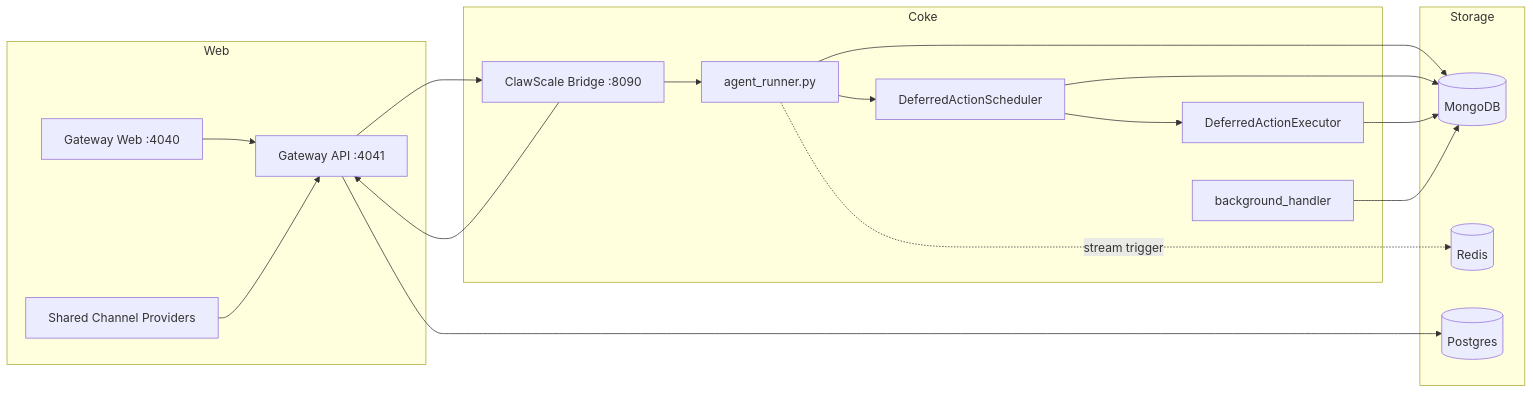
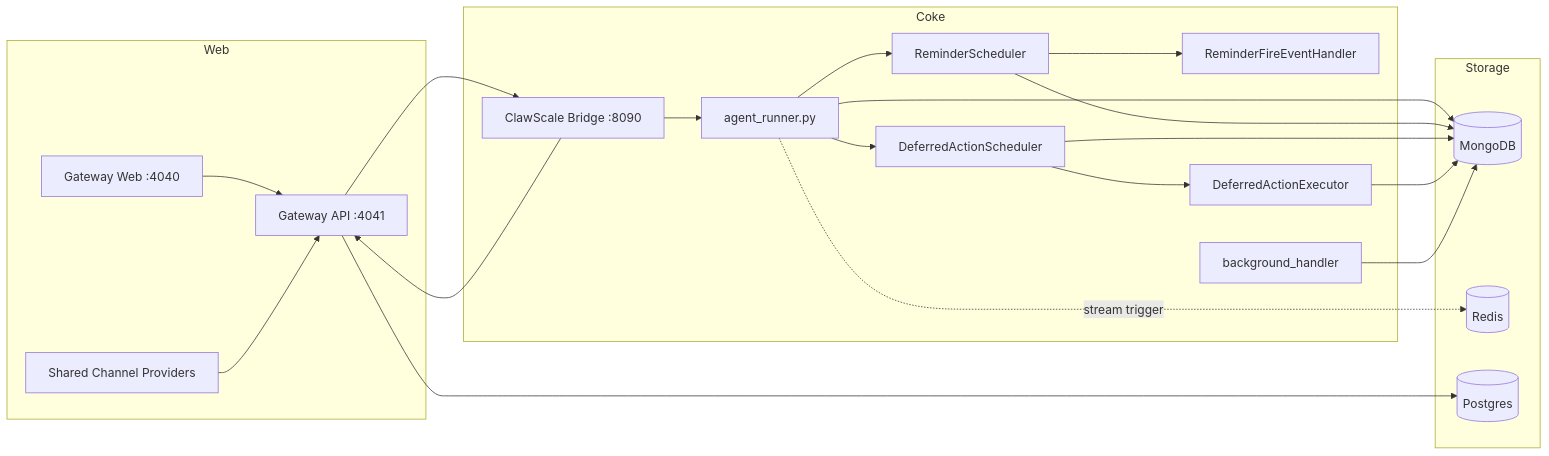
Before and after one commit to yidianyiko/openCoke: the diagram in docs/architecture.md, drawn with Mermaid. The commit also changed other lines of this file and 4 other files, not shown here.

Commit message:
test(reminders): verify reminder system flow

````diff
--- a/docs/architecture.md
+++ b/docs/architecture.md
@@ -36,36 +43,41 @@
 ```mermaid
 flowchart LR
     subgraph Web
         UI[Gateway Web :4040]
         API[Gateway API :4041]
         PROVIDERS[Shared Channel Providers]
     end
 
     subgraph Coke
         BRIDGE[ClawScale Bridge :8090]
         RUNNER[agent_runner.py]
+        RSCHED[ReminderScheduler]
+        RHANDLER[ReminderFireEventHandler]
         SCHED[DeferredActionScheduler]
         EXEC[DeferredActionExecutor]
         BG[background_handler]
     end
 
     subgraph Storage
         MONGO[(MongoDB)]
         REDIS[(Redis)]
         PG[(Postgres)]
     end
 
     UI --> API
     PROVIDERS --> API
     API --> BRIDGE
     BRIDGE --> RUNNER
     BRIDGE --> API
+    RUNNER --> RSCHED
+    RSCHED --> RHANDLER
     RUNNER --> SCHED
     SCHED --> EXEC
     RUNNER --> MONGO
     RUNNER -. stream trigger .-> REDIS
+    RSCHED --> MONGO
     SCHED --> MONGO
     EXEC --> MONGO
     BG --> MONGO
     API --> PG
 ```
````
